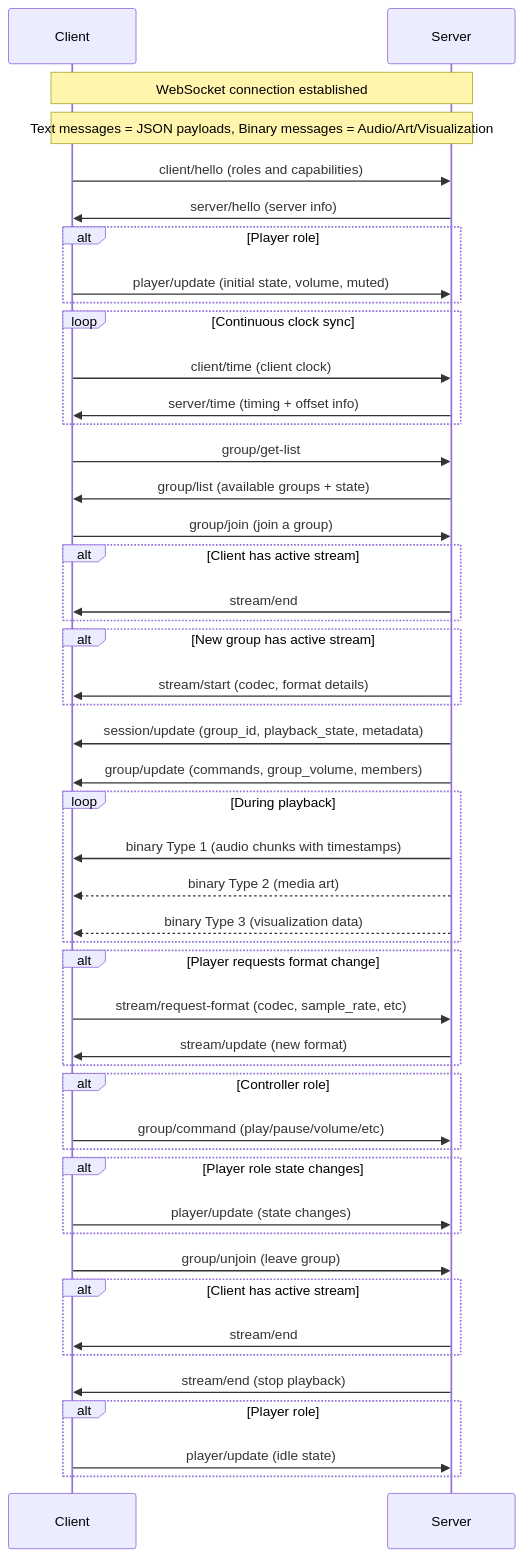
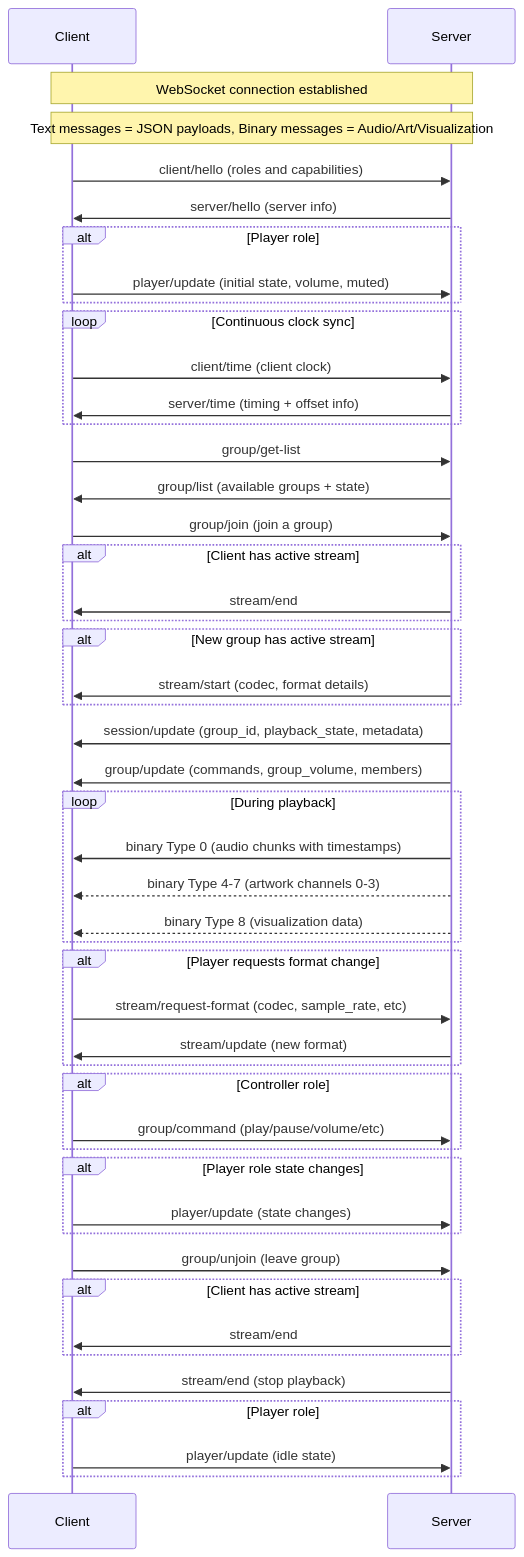
One commit to Resonate-Protocol/spec changed the diagram in README.md. Above: the diagram before and after it, drawn with Mermaid. The commit also changed other lines of this file, not shown here.

Commit message:
Organize binary message ids by role

````diff
--- a/README.md
+++ b/README.md
@@ -88,64 +103,64 @@
 ```mermaid
 sequenceDiagram
     participant Client
     participant Server
 
     Note over Client,Server: WebSocket connection established
 
     Note over Client,Server: Text messages = JSON payloads, Binary messages = Audio/Art/Visualization
 
     Client->>Server: client/hello (roles and capabilities)
     Server->>Client: server/hello (server info)
 
     alt Player role
         Client->>Server: player/update (initial state, volume, muted)
     end
 
     loop Continuous clock sync
         Client->>Server: client/time (client clock)
         Server->>Client: server/time (timing + offset info)
     end
 
     Client->>Server: group/get-list
     Server->>Client: group/list (available groups + state)
 
     Client->>Server: group/join (join a group)
     alt Client has active stream
         Server->>Client: stream/end
     end
     alt New group has active stream
         Server->>Client: stream/start (codec, format details)
     end
 
     Server->>Client: session/update (group_id, playback_state, metadata)
     Server->>Client: group/update (commands, group_volume, members)
 
     loop During playback
-        Server->>Client: binary Type 1 (audio chunks with timestamps)
-        Server-->>Client: binary Type 2 (media art)
-        Server-->>Client: binary Type 3 (visualization data)
+        Server->>Client: binary Type 0 (audio chunks with timestamps)
+        Server-->>Client: binary Type 4-7 (artwork channels 0-3)
+        Server-->>Client: binary Type 8 (visualization data)
     end
 
     alt Player requests format change
         Client->>Server: stream/request-format (codec, sample_rate, etc)
         Server->>Client: stream/update (new format)
     end
 
     alt Controller role
         Client->>Server: group/command (play/pause/volume/etc)
     end
 
     alt Player role state changes
         Client->>Server: player/update (state changes)
     end
 
     Client->>Server: group/unjoin (leave group)
     alt Client has active stream
         Server->>Client: stream/end
     end
 
     Server->>Client: stream/end (stop playback)
     alt Player role
         Client->>Server: player/update (idle state)
     end
 ```
````
